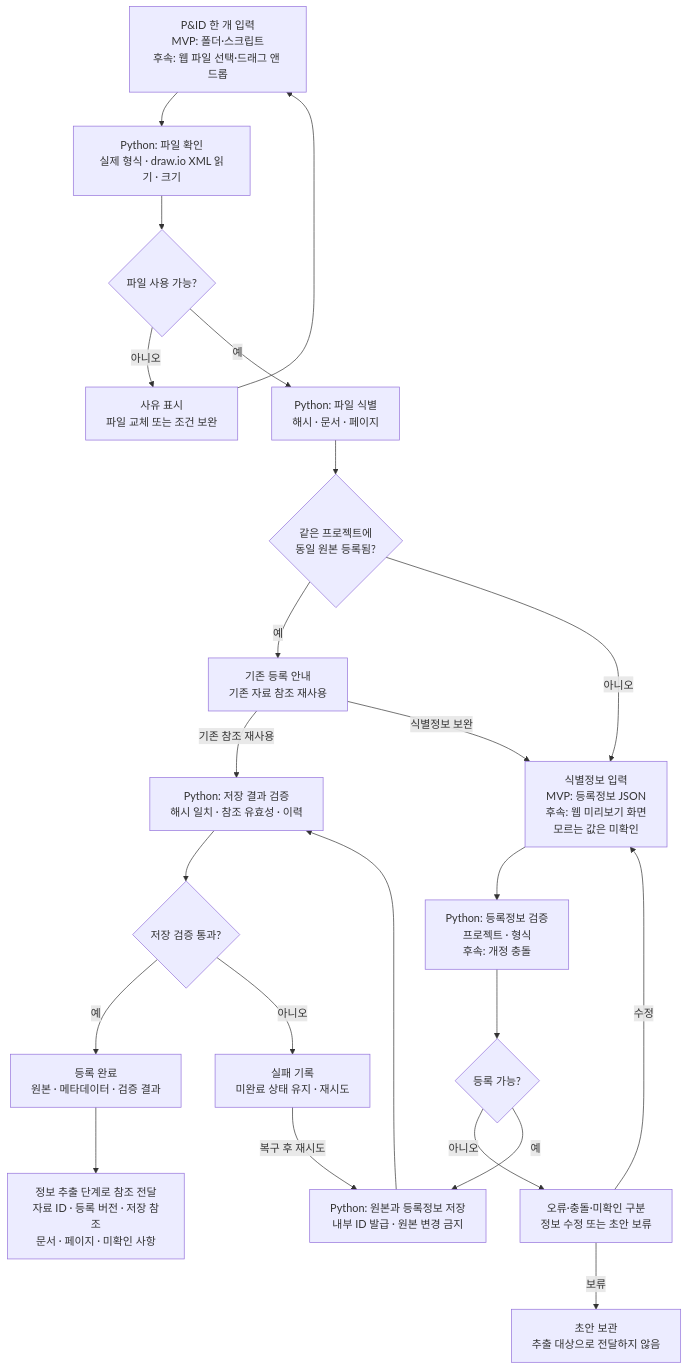
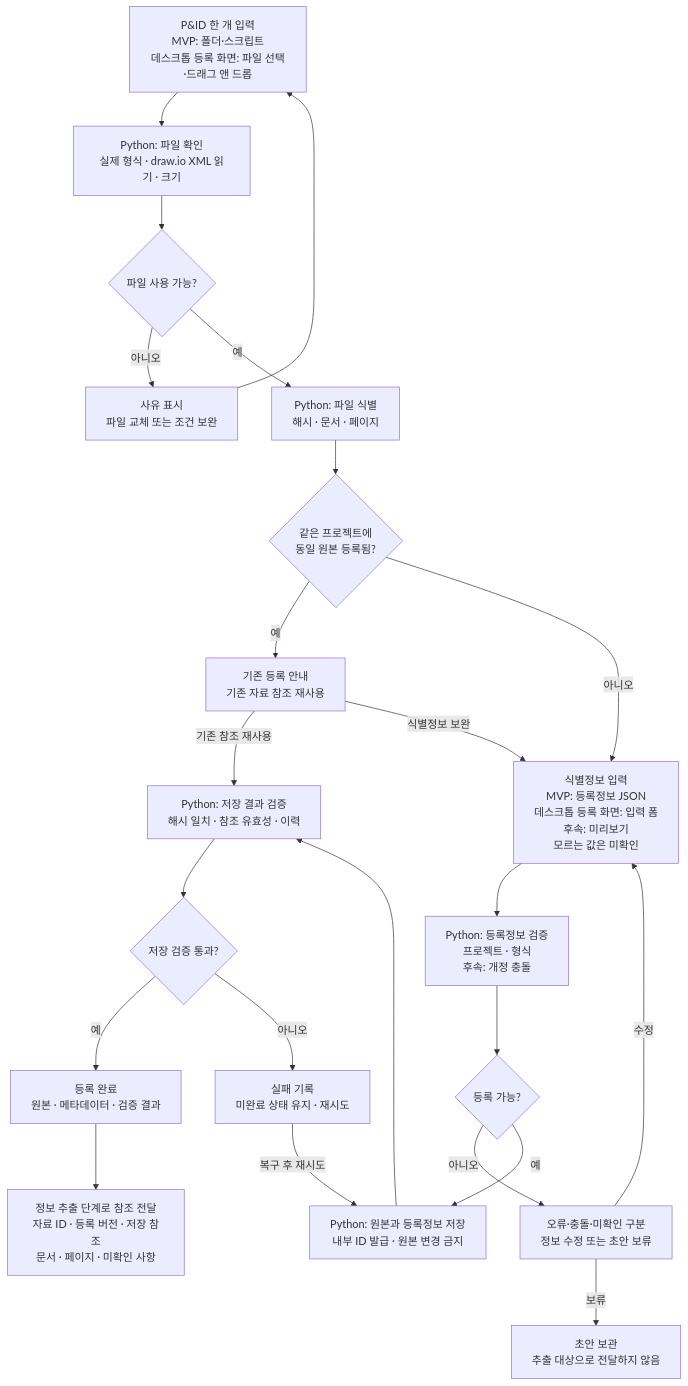
One commit to ReoDe/HAZOP changed the diagram in flow chart/01-registration.md. Above: the diagram before and after it, drawn with Mermaid. The commit also changed other lines of this file and 14 other files, not shown here.

````diff
--- a/flow chart/01-registration.md
+++ b/flow chart/01-registration.md
@@ -14,37 +14,37 @@
 ```mermaid
 flowchart TB
-    A["P&ID 한 개 입력<br/>MVP: 폴더·스크립트<br/>후속: 웹 파일 선택·드래그 앤 드롭"]
+    A["P&ID 한 개 입력<br/>MVP: 폴더·스크립트<br/>데스크톱 등록 화면: 파일 선택·드래그 앤 드롭"]
     B["Python: 파일 확인<br/>실제 형식 · draw.io XML 읽기 · 크기"]
     C{"파일 사용 가능?"}
     X["사유 표시<br/>파일 교체 또는 조건 보완"]
     D["Python: 파일 식별<br/>해시 · 문서 · 페이지"]
     E{"같은 프로젝트에<br/>동일 원본 등록됨?"}
     F["기존 등록 안내<br/>기존 자료 참조 재사용"]
-    G["식별정보 입력<br/>MVP: 등록정보 JSON<br/>후속: 웹 미리보기 화면<br/>모르는 값은 미확인"]
+    G["식별정보 입력<br/>MVP: 등록정보 JSON<br/>데스크톱 등록 화면: 입력 폼<br/>후속: 미리보기<br/>모르는 값은 미확인"]
     H["Python: 등록정보 검증<br/>프로젝트 · 형식<br/>후속: 개정 충돌"]
     I{"등록 가능?"}
     J["오류·충돌·미확인 구분<br/>정보 수정 또는 초안 보류"]
     Q["초안 보관<br/>추출 대상으로 전달하지 않음"]
     K["Python: 원본과 등록정보 저장<br/>내부 ID 발급 · 원본 변경 금지"]
     L["Python: 저장 결과 검증<br/>해시 일치 · 참조 유효성 · 이력"]
     M{"저장 검증 통과?"}
     N["등록 완료<br/>원본 · 메타데이터 · 검증 결과"]
     O["정보 추출 단계로 참조 전달<br/>자료 ID · 등록 버전 · 저장 참조<br/>문서 · 페이지 · 미확인 사항"]
     P["실패 기록<br/>미완료 상태 유지 · 재시도"]
 
     A --> B --> C
     C -- "아니오" --> X --> A
     C -- "예" --> D --> E
     E -- "예" --> F
     F -- "기존 참조 재사용" --> L
     F -- "식별정보 보완" --> G
     E -- "아니오" --> G
     G --> H --> I
     I -- "아니오" --> J
     J -- "수정" --> G
     J -- "보류" --> Q
     I -- "예" --> K --> L --> M
     M -- "예" --> N --> O
     M -- "아니오" --> P
     P -- "복구 후 재시도" --> K
 ```
````
